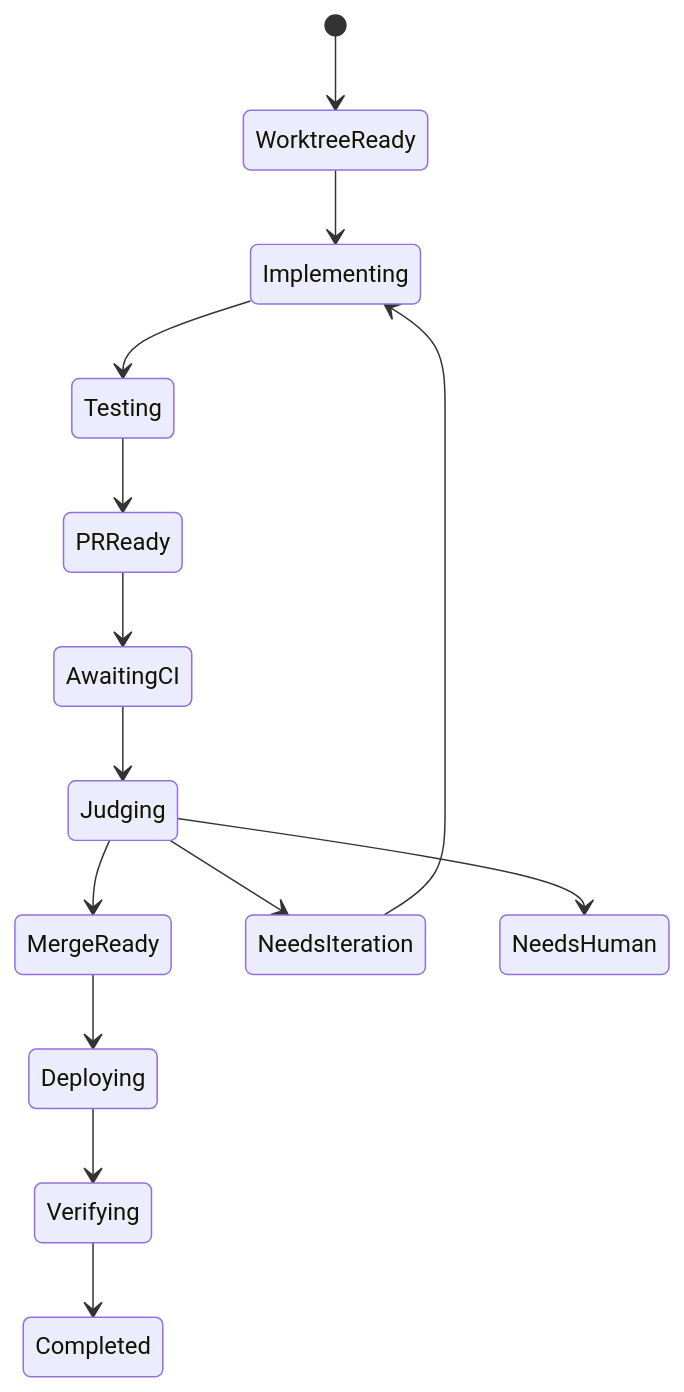
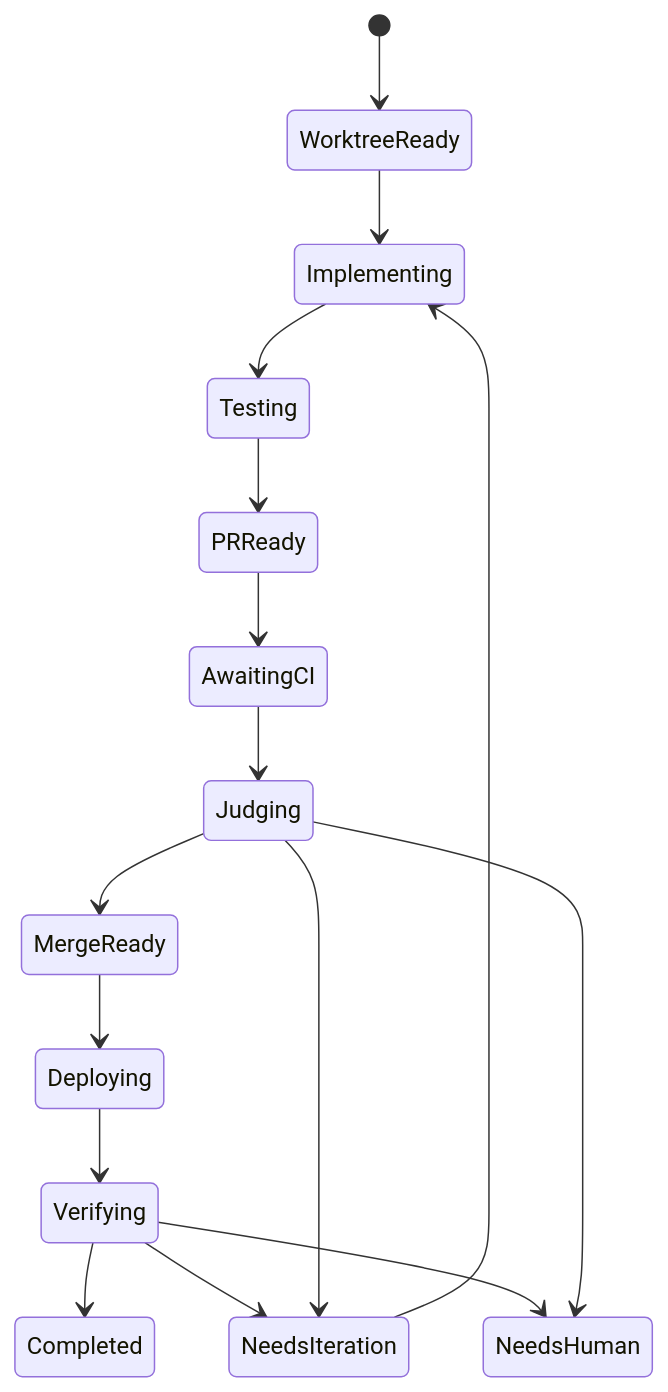
The third of 3 diagrams in docs/jangar/autonomous-codex-end-to-end-design.md (proompteng/lab), drawn with Mermaid before and after one commit. The commit also changed other lines of this file, not shown here.

Commit message:
docs(jangar): add iteration paths for post-deploy and human validation

````diff
--- a/docs/jangar/autonomous-codex-end-to-end-design.md
+++ b/docs/jangar/autonomous-codex-end-to-end-design.md
@@ -354,16 +360,18 @@
 ```mermaid
 stateDiagram-v2
   [*] --> WorktreeReady
   WorktreeReady --> Implementing
   Implementing --> Testing
   Testing --> PRReady
   PRReady --> AwaitingCI
   AwaitingCI --> Judging
   Judging --> MergeReady
   MergeReady --> Deploying
   Deploying --> Verifying
   Verifying --> Completed
+  Verifying --> NeedsIteration
+  Verifying --> NeedsHuman
   Judging --> NeedsIteration
   NeedsIteration --> Implementing
   Judging --> NeedsHuman
 ```
````
